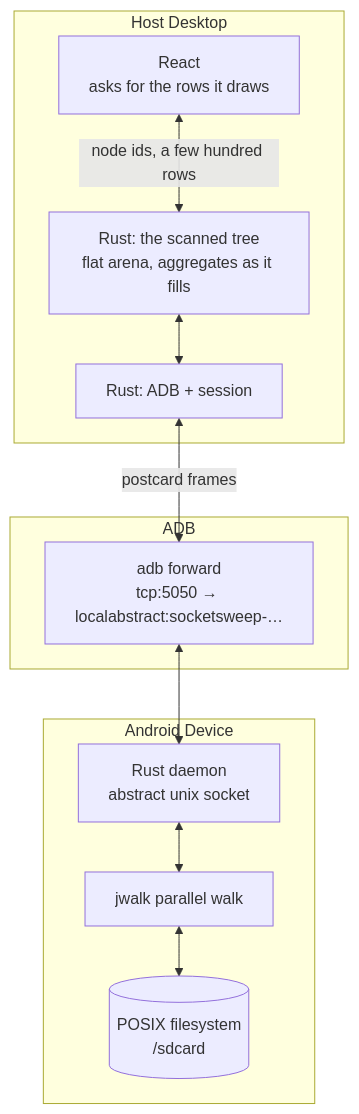
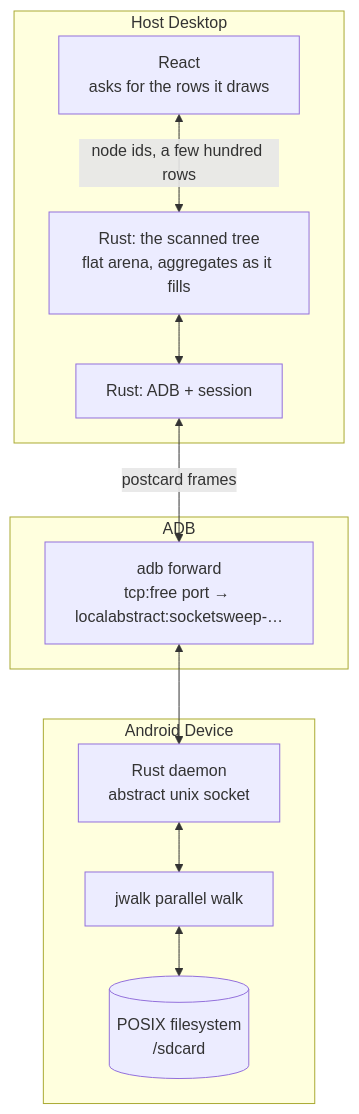
One commit to ksaishanmukh/SocketSweep changed the first of 2 diagrams in README.md. Above: the diagram before and after it, drawn with Mermaid. The commit also changed other lines of this file and 1 other file, not shown here.

Commit message:
docs: describe the token handshake, free-port tunnel and phone support

````diff
--- a/README.md
+++ b/README.md
@@ -138,27 +142,27 @@
 ```mermaid
 flowchart TB
     subgraph Host["Host Desktop"]
         UI["React<br>asks for the rows it draws"]
         Arena["Rust: the scanned tree<br>flat arena, aggregates as it fills"]
         Bridge["Rust: ADB + session"]
 
         UI <-->|"node ids, a few hundred rows"| Arena
         Arena <--> Bridge
     end
 
     subgraph Transport["ADB"]
-        Tunnel["adb forward<br>tcp:5050 → localabstract:socketsweep-…"]
+        Tunnel["adb forward<br>tcp:free port → localabstract:socketsweep-…"]
     end
 
     subgraph Device["Android Device"]
         Daemon["Rust daemon<br>abstract unix socket"]
         Scan["jwalk parallel walk"]
         Storage[("POSIX filesystem<br>/sdcard")]
 
         Daemon <--> Scan
         Scan <--> Storage
     end
 
     Bridge <-->|"postcard frames"| Tunnel
     Tunnel <--> Daemon
 ```
````
